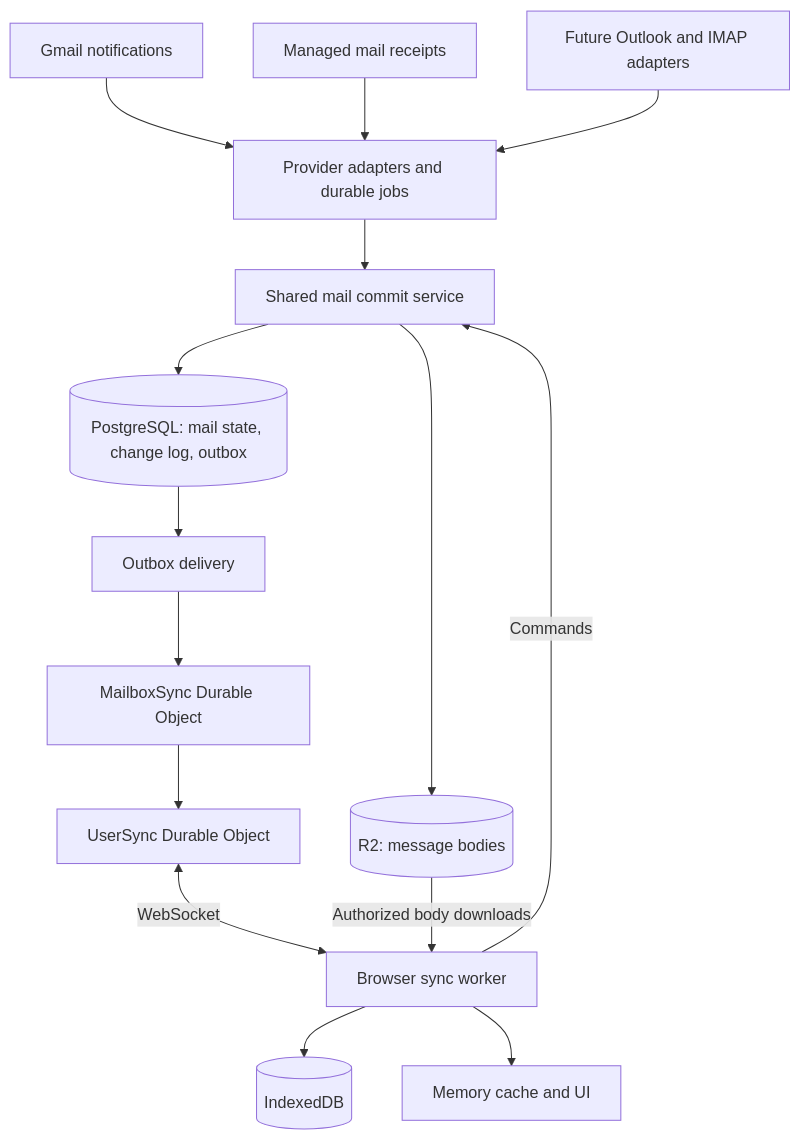
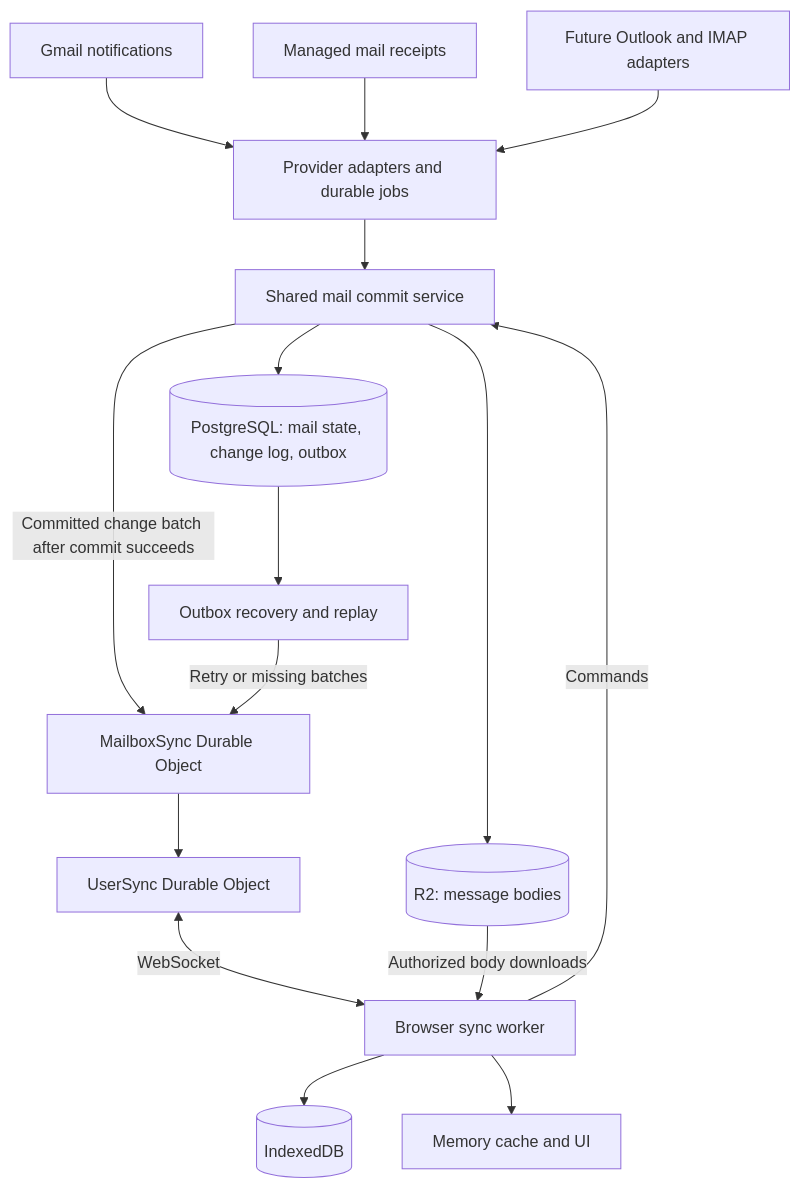
Before and after one commit to quieter-email/quieter: the diagram in docs/custom-mail-sync-engine-plan.md, drawn with Mermaid. The commit also changed other lines of this file, not shown here.

Commit message:
docs(sync): push committed change batches directly to durable objects

````diff
--- a/docs/custom-mail-sync-engine-plan.md
+++ b/docs/custom-mail-sync-engine-plan.md
@@ -52,20 +52,21 @@
    ```mermaid
    flowchart TD
        G[Gmail notifications] --> A[Provider adapters and durable jobs]
        M[Managed mail receipts] --> A
        F[Future Outlook and IMAP adapters] --> A
 
        A --> C[Shared mail commit service]
        C --> P[(PostgreSQL: mail state, change log, outbox)]
        C --> R[(R2: message bodies)]
 
-       P --> D[Outbox delivery]
-       D --> MD[MailboxSync Durable Object]
+       C -->|Committed change batch after commit succeeds| MD[MailboxSync Durable Object]
+       P --> D[Outbox recovery and replay]
+       D -->|Retry or missing batches| MD
        MD --> UD[UserSync Durable Object]
        UD <-->|WebSocket| W[Browser sync worker]
 
        W --> I[(IndexedDB)]
        W --> Q[Memory cache and UI]
        W -->|Commands| C
        R -->|Authorized body downloads| W
    ```
````
